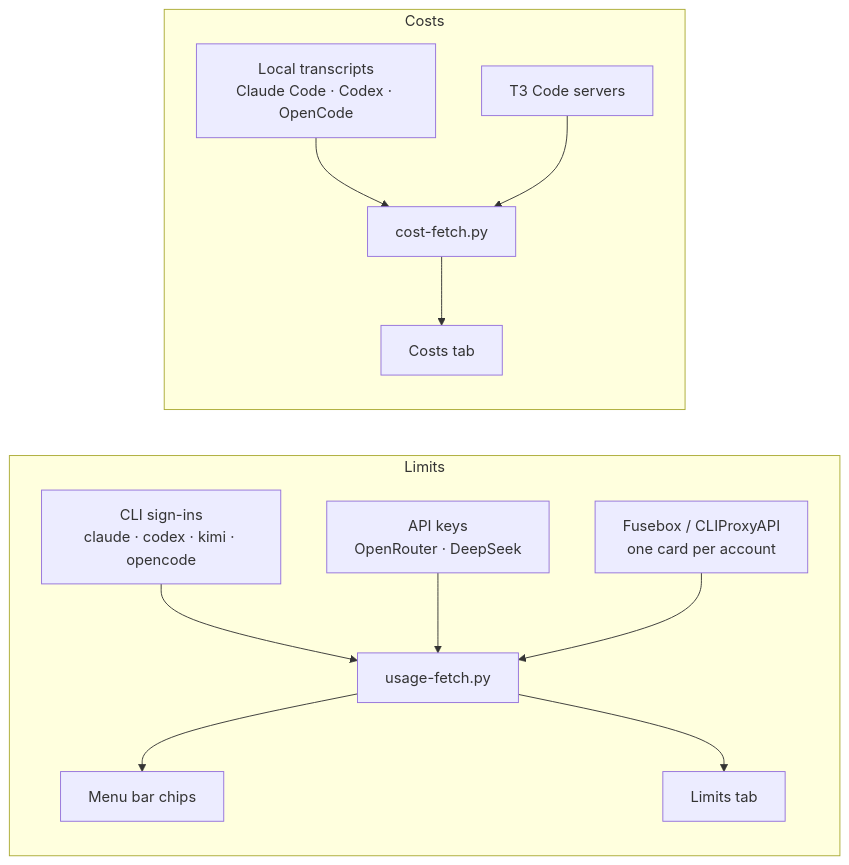
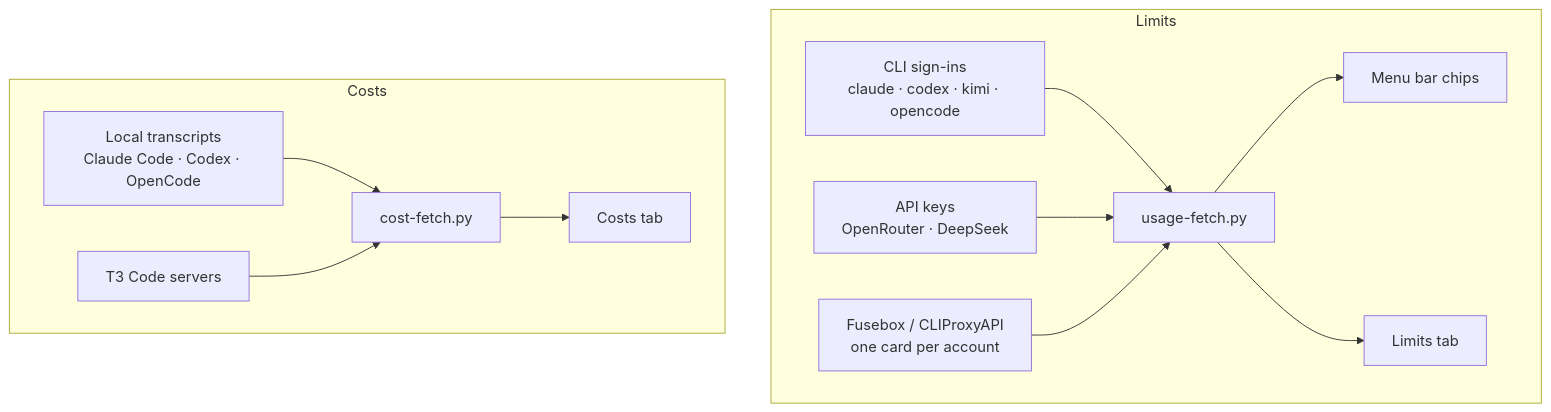
One commit to JanitorHead/omarchy-quotatank changed the diagram in README.md. Above: the diagram before and after it, drawn with Mermaid.

Commit message:
Preview: source diagram reads Limits first

````diff
--- a/README.md
+++ b/README.md
@@ -156,15 +156,15 @@
 ```mermaid
-flowchart LR
+flowchart TB
   subgraph Limits
     cli["CLI sign-ins<br/>claude · codex · kimi · opencode"] --> uf["usage-fetch.py"]
     keys["API keys<br/>OpenRouter · DeepSeek"] --> uf
     proxy["Fusebox / CLIProxyAPI<br/>one card per account"] --> uf
     uf --> chips["Menu bar chips"]
     uf --> panel["Limits tab"]
   end
   subgraph Costs
     logs["Local transcripts<br/>Claude Code · Codex · OpenCode"] --> cf["cost-fetch.py"]
     t3["T3 Code servers"] --> cf
     cf --> costs["Costs tab"]
   end
 ```
````
